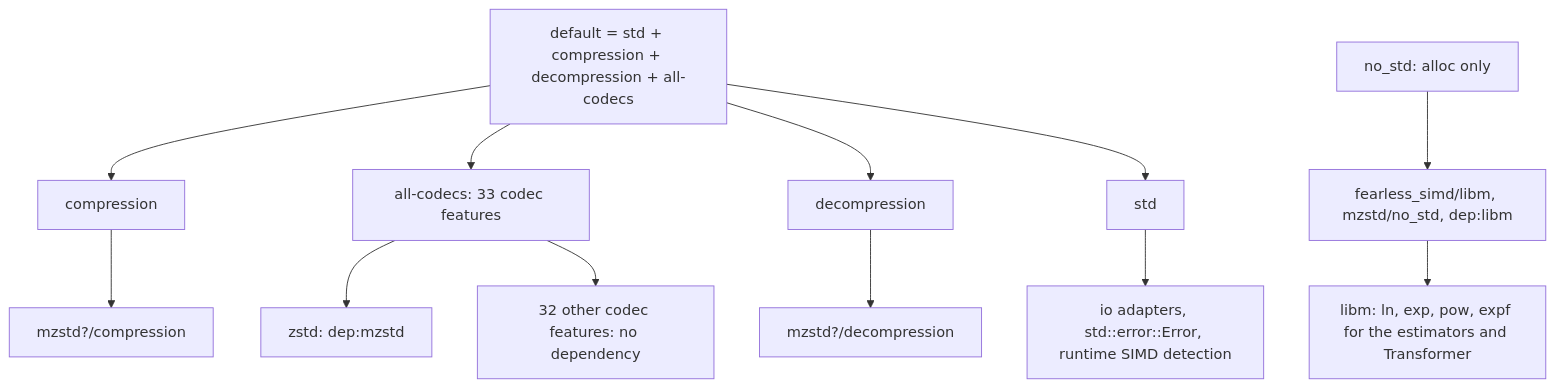
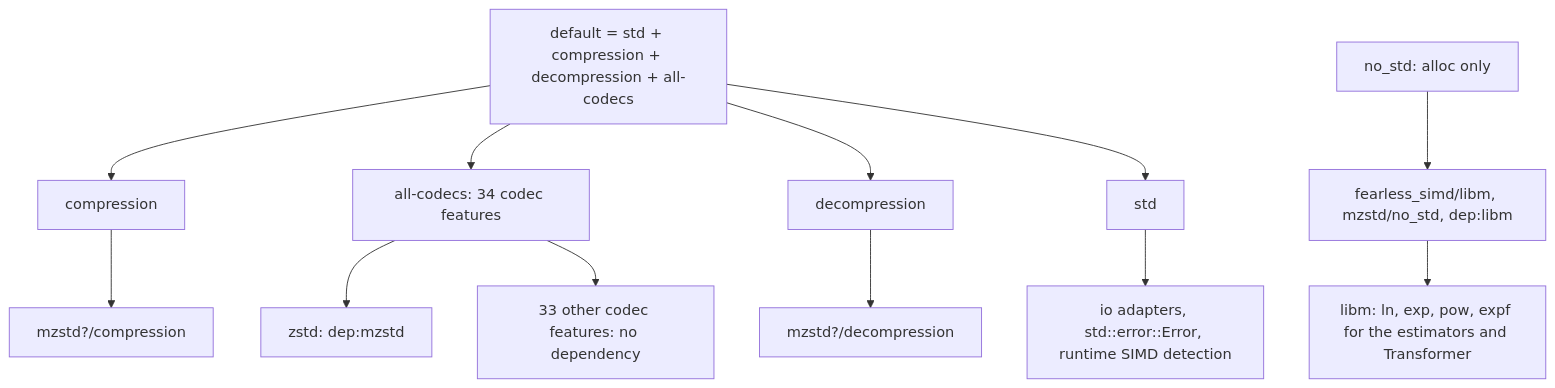
Before and after one commit to M-Compressors/mopenzl: the first of 2 diagrams in architecture/codec-features.md, drawn with Mermaid. The commit also changed other lines of this file and 56 other files, not shown here.

````diff
--- a/architecture/codec-features.md
+++ b/architecture/codec-features.md
@@ -3,14 +3,14 @@
 ```mermaid
 flowchart TD
     D["default = std + compression + decompression + all-codecs"] --> C[compression]
-    D --> A["all-codecs: 33 codec features"]
+    D --> A["all-codecs: 34 codec features"]
     D --> R[decompression]
     D --> S[std]
     A --> Z["zstd: dep:mzstd"]
-    A --> K["32 other codec features: no dependency"]
+    A --> K["33 other codec features: no dependency"]
     N["no_std: alloc only"] --> X["fearless_simd/libm, mzstd/no_std, dep:libm"]
     C --> M1["mzstd?/compression"]
     R --> M2["mzstd?/decompression"]
     S --> IO[io adapters, std::error::Error, runtime SIMD detection]
     X --> LM["libm: ln, exp, pow, expf for the estimators and Transformer"]
 ```
````
